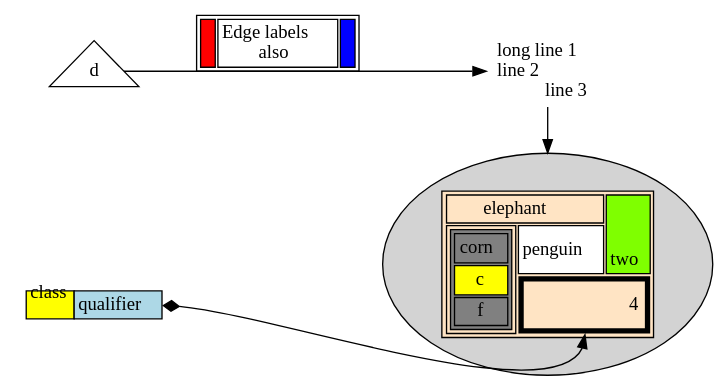
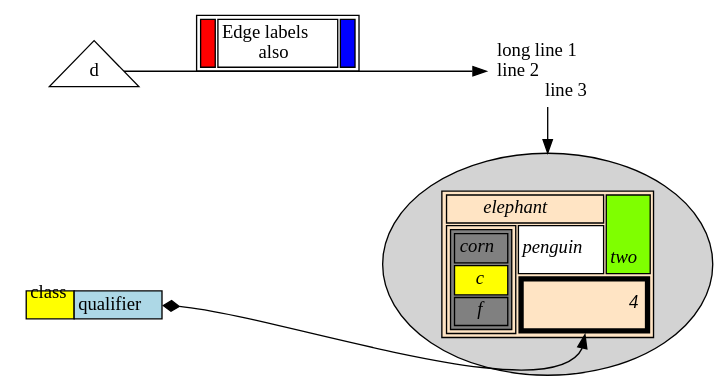
The diagram in inputs/html_complex.dot (nadavrot/layout), drawn with Graphviz before and after one commit. The commit also changed 4 other files, not shown here.

```diff
--- a/inputs/html_complex.dot
+++ b/inputs/html_complex.dot
@@ -1,51 +1,51 @@
 digraph G {
   rankdir=LR
   node [shape=plaintext]
   a [
      label=<
 <TABLE BORDER="0" CELLBORDER="1" CELLSPACING="0">
   <TR><TD ROWSPAN="3" BGCOLOR="yellow"><SUP>class</SUP></TD></TR>
   <TR><TD PORT="here" BGCOLOR="lightblue">qualifier</TD></TR>
 </TABLE>>
   ]
   b [shape=ellipse style=filled
      label=<
-<TABLE BGCOLOR="bisque">
+<I><TABLE BGCOLOR="bisque">
   <TR>
       <TD COLSPAN="3">elephant</TD> 
       <TD ROWSPAN="2" BGCOLOR="chartreuse" 
           VALIGN="bottom" ALIGN="right">two</TD>
   </TR>
   <TR>
     <TD COLSPAN="2" ROWSPAN="2">
       <TABLE BGCOLOR="grey">
         <TR><TD>corn</TD></TR> 
         <TR><TD BGCOLOR="yellow">c</TD></TR> 
         <TR><TD>f</TD></TR> 
       </TABLE>
     </TD>
     <TD BGCOLOR="white">penguin</TD> 
   </TR> 
   <TR>
     <TD COLSPAN="2" BORDER="4" ALIGN="right" PORT="there">4</TD>
   </TR>
-</TABLE>>
+</TABLE></I>>
   ]
   c [ 
   label=<long line 1<BR/>line 2<BR ALIGN="LEFT"/>line 3<BR ALIGN="RIGHT"/>>
   ]
 
   subgraph { rank=same b c }
   a:here -> b:there [dir=both arrowtail=diamond]
   c -> b
   d [shape=triangle]
   d -> c [label=<
 <TABLE>
   <TR>
     <TD BGCOLOR="red" WIDTH="10"> </TD>
     <TD>Edge labels<BR/>also</TD>
     <TD BGCOLOR="blue" WIDTH="10"> </TD>
   </TR>
 </TABLE>>
   ]
 }
```
